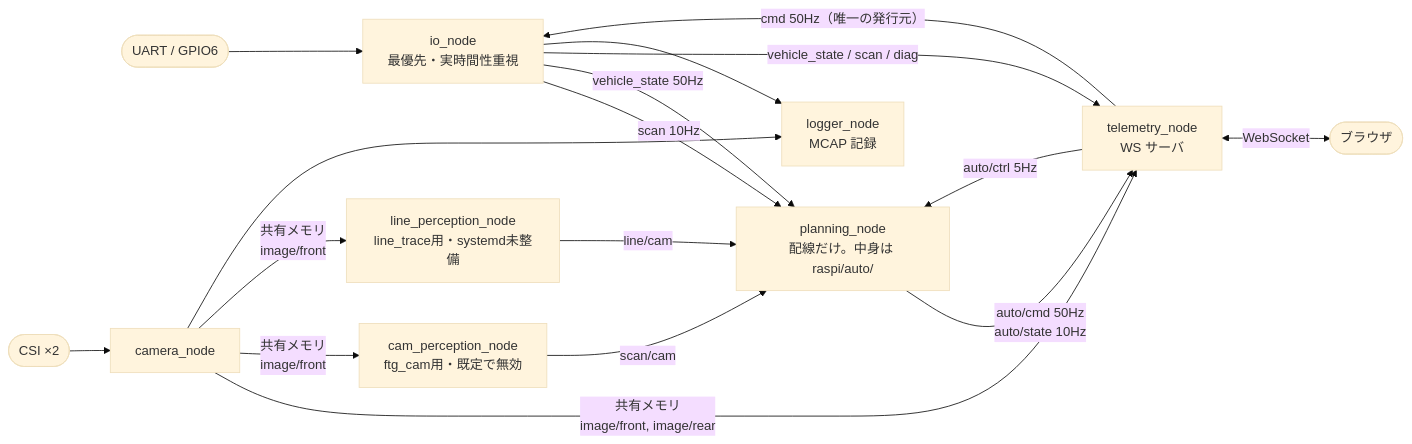
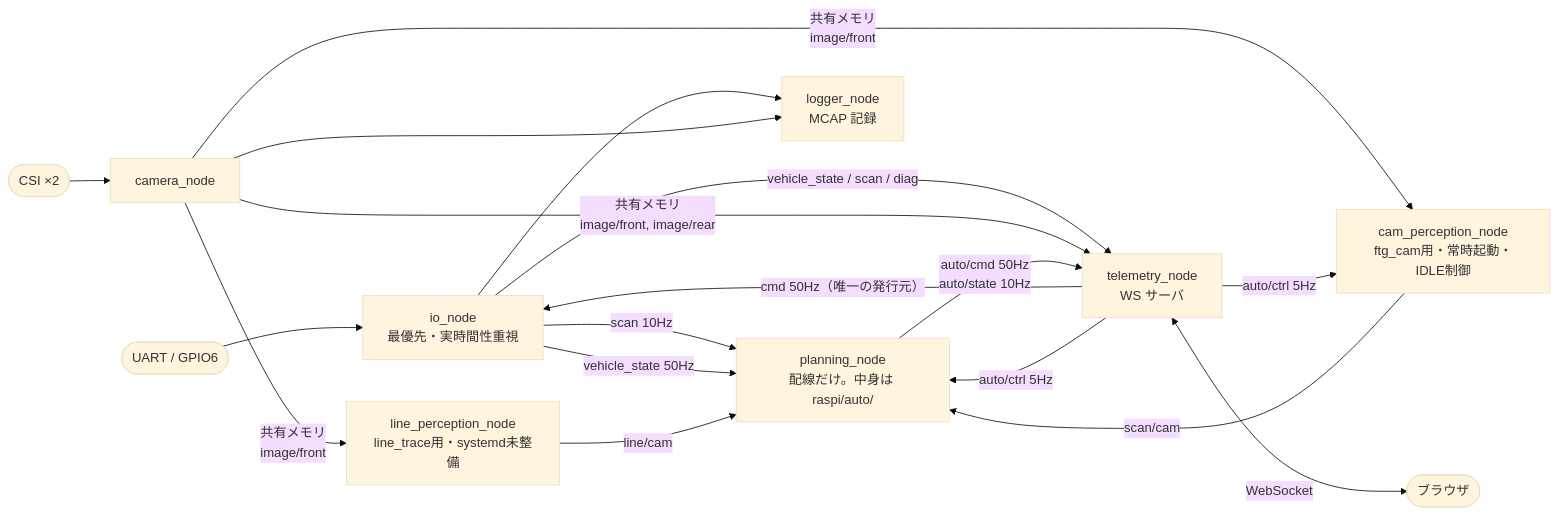
The third of 4 diagrams in surge_mk2/docs/system_overview.md (banbatakumi/AutonomousCar_RasPi), drawn with Mermaid (base theme) before and after one commit. The commit also changed other lines of this file and 71 other files, not shown here.

Commit message:
SLAM地図GUI(下見・永続化・グローバルローカリゼーション・ドリフト対策)、運転UI再編(ウィンカー/ログ常設化)、RasPi5 ARM/DISARM連動カメラ節電、ftg_cam調整を追加

````diff
--- a/surge_mk2/docs/system_overview.md
+++ b/surge_mk2/docs/system_overview.md
@@ -279,28 +279,29 @@
 ```mermaid
 flowchart LR
     UART(["UART / GPIO6"]) --> IO
     CSI(["CSI ×2"]) --> CAM
 
     IO["io_node<br/>最優先・実時間性重視"]
     CAM["camera_node"]
-    CAMPERC["cam_perception_node<br/>ftg_cam用・既定で無効"]
+    CAMPERC["cam_perception_node<br/>ftg_cam用・常時起動・IDLE制御"]
     LINEPERC["line_perception_node<br/>line_trace用・systemd未整備"]
     PLAN["planning_node<br/>配線だけ。中身は raspi/auto/"]
     TELE["telemetry_node<br/>WS サーバ"]
     LOG["logger_node<br/>MCAP 記録"]
 
     IO -->|"scan 10Hz"| PLAN
     IO -->|"vehicle_state 50Hz"| PLAN
     IO -->|"vehicle_state / scan / diag"| TELE
     IO --> LOG
     CAM -->|"共有メモリ<br/>image/front, image/rear"| TELE
     CAM -->|"共有メモリ<br/>image/front"| CAMPERC
     CAM -->|"共有メモリ<br/>image/front"| LINEPERC
     CAM --> LOG
     CAMPERC -->|"scan/cam"| PLAN
     LINEPERC -->|"line/cam"| PLAN
     PLAN -->|"auto/cmd 50Hz<br/>auto/state 10Hz"| TELE
     TELE -->|"cmd 50Hz（唯一の発行元）"| IO
     TELE -->|"auto/ctrl 5Hz"| PLAN
+    TELE -->|"auto/ctrl 5Hz"| CAMPERC
     TELE <-->|"WebSocket"| BROWSER(["ブラウザ"])
 ```
````
